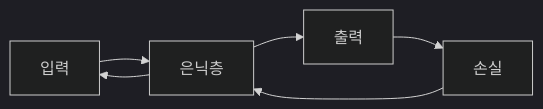
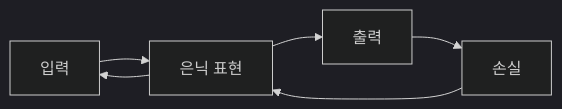
Before and after one commit to yeongseon-books/book-content: the diagram in content/calculus-for-ml-101/ko/09-backpropagation-intuition.md, drawn with Mermaid (dark theme). The commit also changed other lines of this file and 9 other files, not shown here.

````diff
--- a/content/calculus-for-ml-101/ko/09-backpropagation-intuition.md
+++ b/content/calculus-for-ml-101/ko/09-backpropagation-intuition.md
@@ -53,8 +63,8 @@
 ```mermaid
 flowchart LR
-    X[입력] --> H[은닉층]
+    X[입력] --> H[은닉 표현]
     H --> Y[출력]
     Y --> L[손실]
     L --> H
     H --> X
 ```
````
